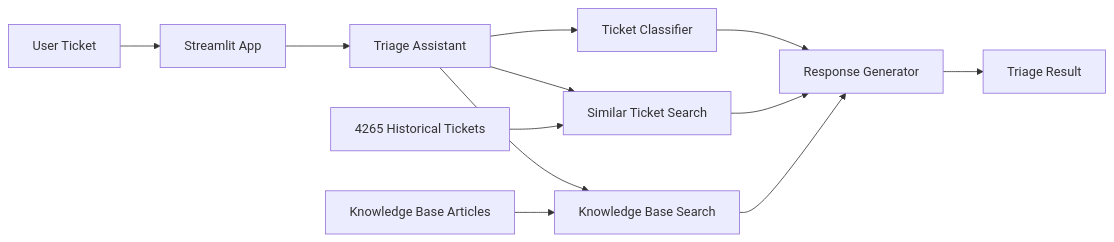
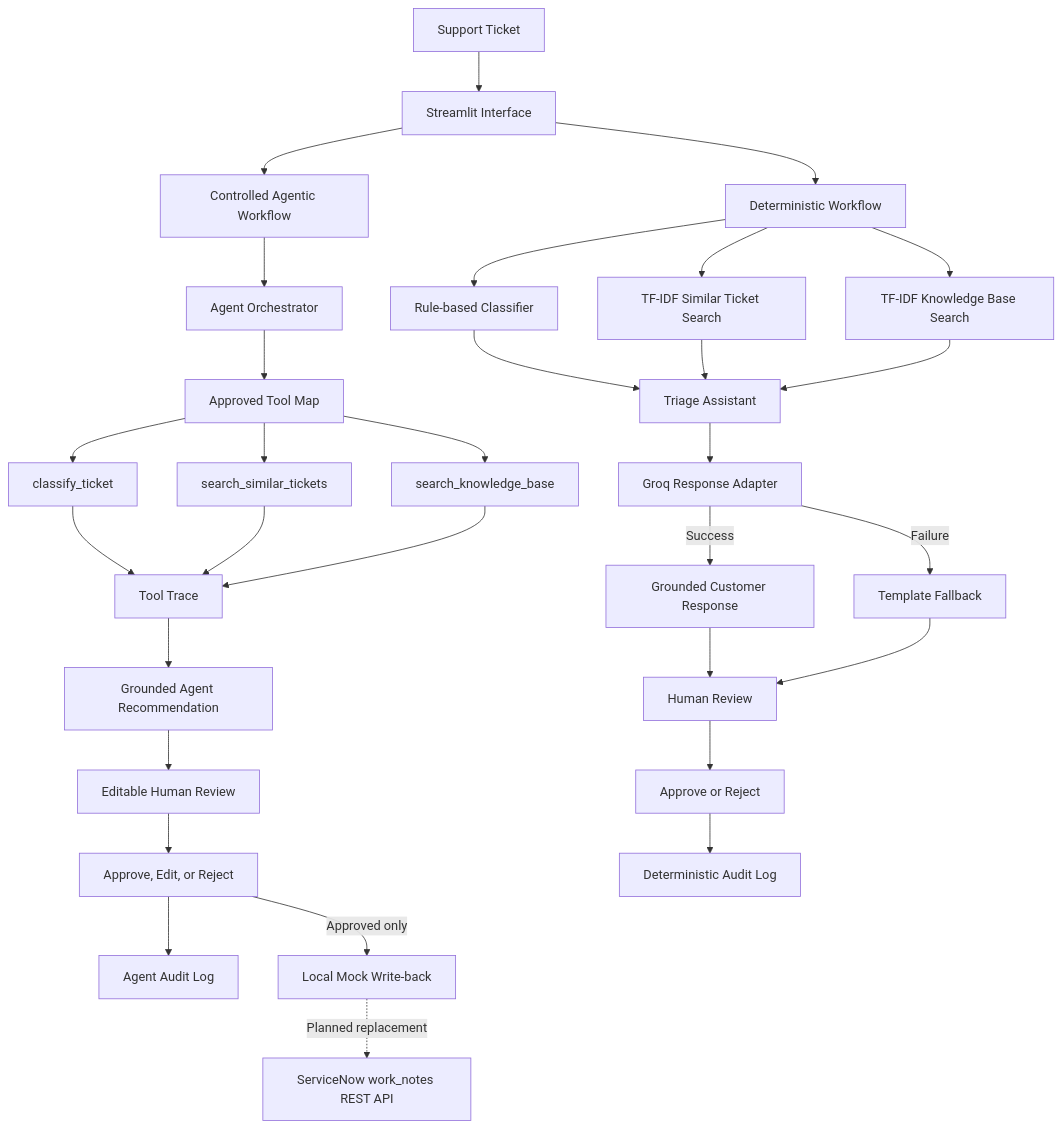
One commit to Maneesh-AI-ML/ai-itsm-copilot changed the diagram in README.md. Above: the diagram before and after it, drawn with Mermaid. The commit also changed other lines of this file and 6 other files, not shown here.

Commit message:
Complete human-reviewed agent workflow and mock write-back

````diff
--- a/README.md
+++ b/README.md
@@ -148,14 +351,45 @@
 ```mermaid
-flowchart LR
-    A["User Ticket"] --> B["Streamlit App"]
-    B --> C["Triage Assistant"]
-    C --> D["Ticket Classifier"]
-    C --> E["Similar Ticket Search"]
-    C --> F["Knowledge Base Search"]
-    I["4265 Historical Tickets"] --> E
-    J["Knowledge Base Articles"] --> F
-    D --> G["Response Generator"]
-    E --> G
-    F --> G
-    G --> H["Triage Result"]
+flowchart TD
+    A["Support Ticket"] --> B["Streamlit Interface"]
+
+    B --> C["Deterministic Workflow"]
+    B --> D["Controlled Agentic Workflow"]
+
+    C --> E["Rule-based Classifier"]
+    C --> F["TF-IDF Similar Ticket Search"]
+    C --> G["TF-IDF Knowledge Base Search"]
+
+    E --> H["Triage Assistant"]
+    F --> H
+    G --> H
+
+    H --> I["Groq Response Adapter"]
+    I -->|Success| J["Grounded Customer Response"]
+    I -->|Failure| K["Template Fallback"]
+
+    D --> L["Agent Orchestrator"]
+    L --> M["Approved Tool Map"]
+
+    M --> N["classify_ticket"]
+    M --> O["search_similar_tickets"]
+    M --> P["search_knowledge_base"]
+
+    N --> Q["Tool Trace"]
+    O --> Q
+    P --> Q
+
+    Q --> R["Grounded Agent Recommendation"]
+
+    J --> S["Human Review"]
+    K --> S
+    R --> T["Editable Human Review"]
+
+    S --> U["Approve or Reject"]
+    T --> V["Approve, Edit, or Reject"]
+
+    U --> W["Deterministic Audit Log"]
+    V --> X["Agent Audit Log"]
+
+    V -->|Approved only| Y["Local Mock Write-back"]
+    Y -. "Planned replacement" .-> Z["ServiceNow work_notes REST API"]
 ```
````
